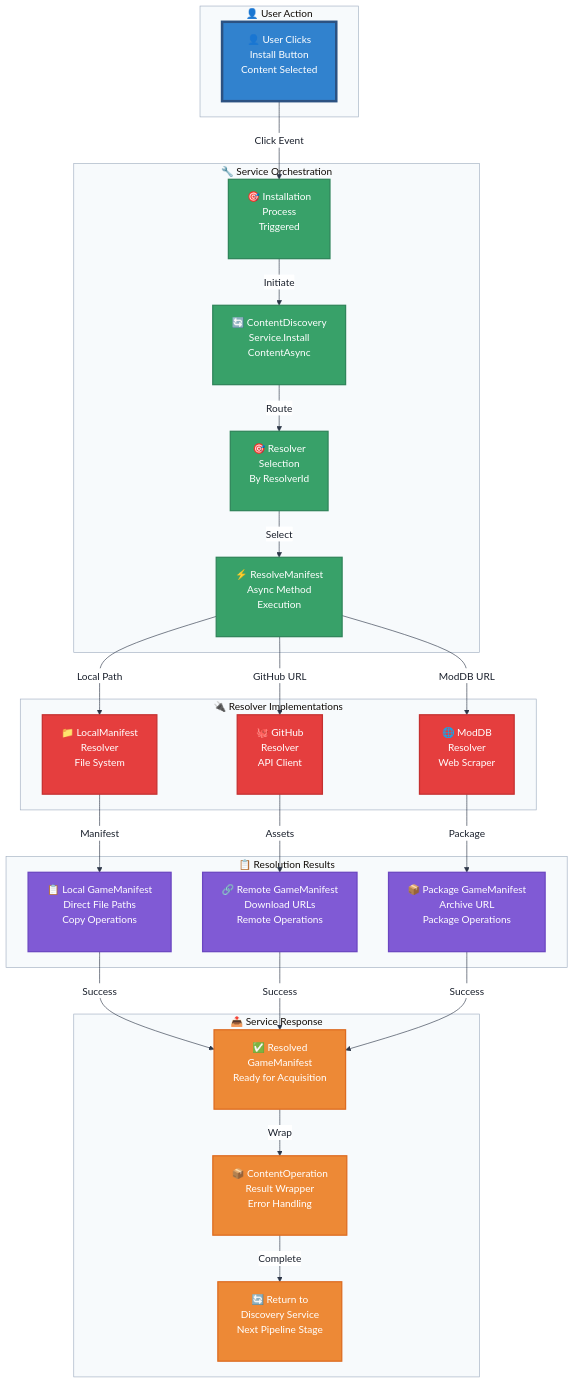
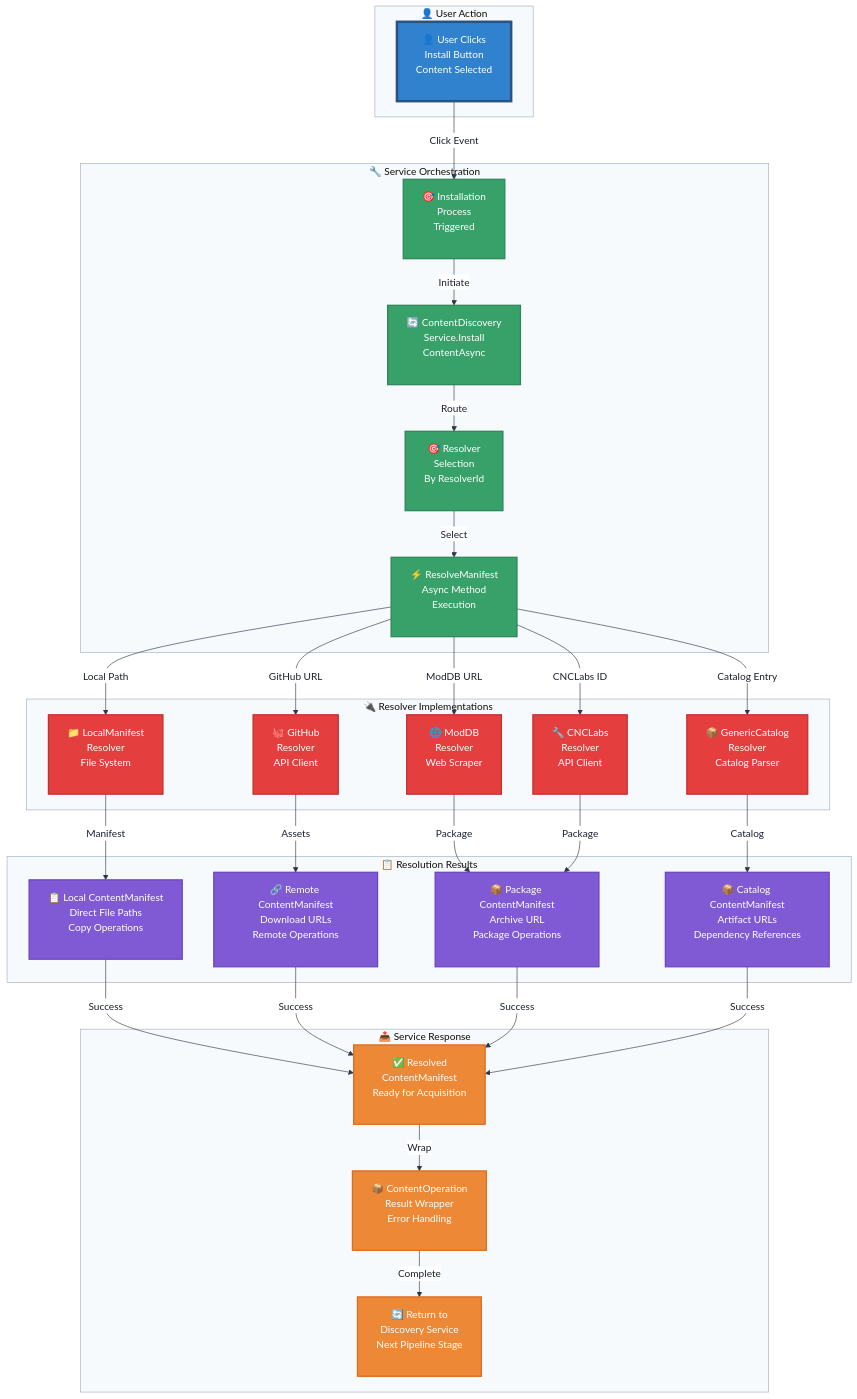
One commit to community-outpost/GenHub changed the diagram in docs/FlowCharts/Resolution-Flow.md. Above: the diagram before and after it, drawn with Mermaid. The commit also changed other lines of this file and 65 other files, not shown here.

````diff
--- a/docs/FlowCharts/Resolution-Flow.md
+++ b/docs/FlowCharts/Resolution-Flow.md
@@ -46,19 +46,25 @@
 <br>"]
         F3["🌐 ModDB<br/>Resolver<br/>Web Scraper
 <br>"]
+        F4["📦 GenericCatalog<br/>Resolver<br/>Catalog Parser
+<br>"]
+        F5["🔧 CNCLabs<br/>Resolver<br/>API Client
+<br>"]
     end
 
     subgraph RR ["📋 Resolution Results"]
-        G1["📋 Local GameManifest<br/>Direct File Paths<br/>Copy Operations
+        G1["📋 Local ContentManifest<br/>Direct File Paths<br/>Copy Operations
 <br>"]
-        G2["🔗 Remote GameManifest<br/>Download URLs<br/>Remote Operations
+        G2["🔗 Remote ContentManifest<br/>Download URLs<br/>Remote Operations
 <br>"]
-        G3["📦 Package GameManifest<br/>Archive URL<br/>Package Operations
+        G3["📦 Package ContentManifest<br/>Archive URL<br/>Package Operations
+<br>"]
+        G4["📦 Catalog ContentManifest<br/>Artifact URLs<br/>Dependency References
 <br>"]
     end
 
     subgraph SR ["📤 Service Response"]
-        H["✅ Resolved<br/>GameManifest<br/>Ready for Acquisition
+        H["✅ Resolved<br/>ContentManifest<br/>Ready for Acquisition
 <br>"]
         I["📦 ContentOperation<br/>Result Wrapper<br/>Error Handling
 <br>"]
@@ -70,19 +76,24 @@
     B -->|Initiate| C
     C -->|Route| D
     D -->|Select| E
-    
+
     E -->|Local Path| F1
     E -->|GitHub URL| F2
     E -->|ModDB URL| F3
-    
+    E -->|Catalog Entry| F4
+    E -->|CNCLabs ID| F5
+
     F1 -->|Manifest| G1
     F2 -->|Assets| G2
     F3 -->|Package| G3
-    
+    F4 -->|Catalog| G4
+    F5 -->|Package| G3
+
     G1 -->|Success| H
     G2 -->|Success| H
     G3 -->|Success| H
-    
+    G4 -->|Success| H
+
     H -->|Wrap| I
     I -->|Complete| J
 
@@ -94,7 +105,7 @@
 
     class A userAction
     class B,C,D,E service
-    class F1,F2,F3 resolver
-    class G1,G2,G3 result
+    class F1,F2,F3,F4,F5 resolver
+    class G1,G2,G3,G4 result
     class H,I,J response
 ```
````
